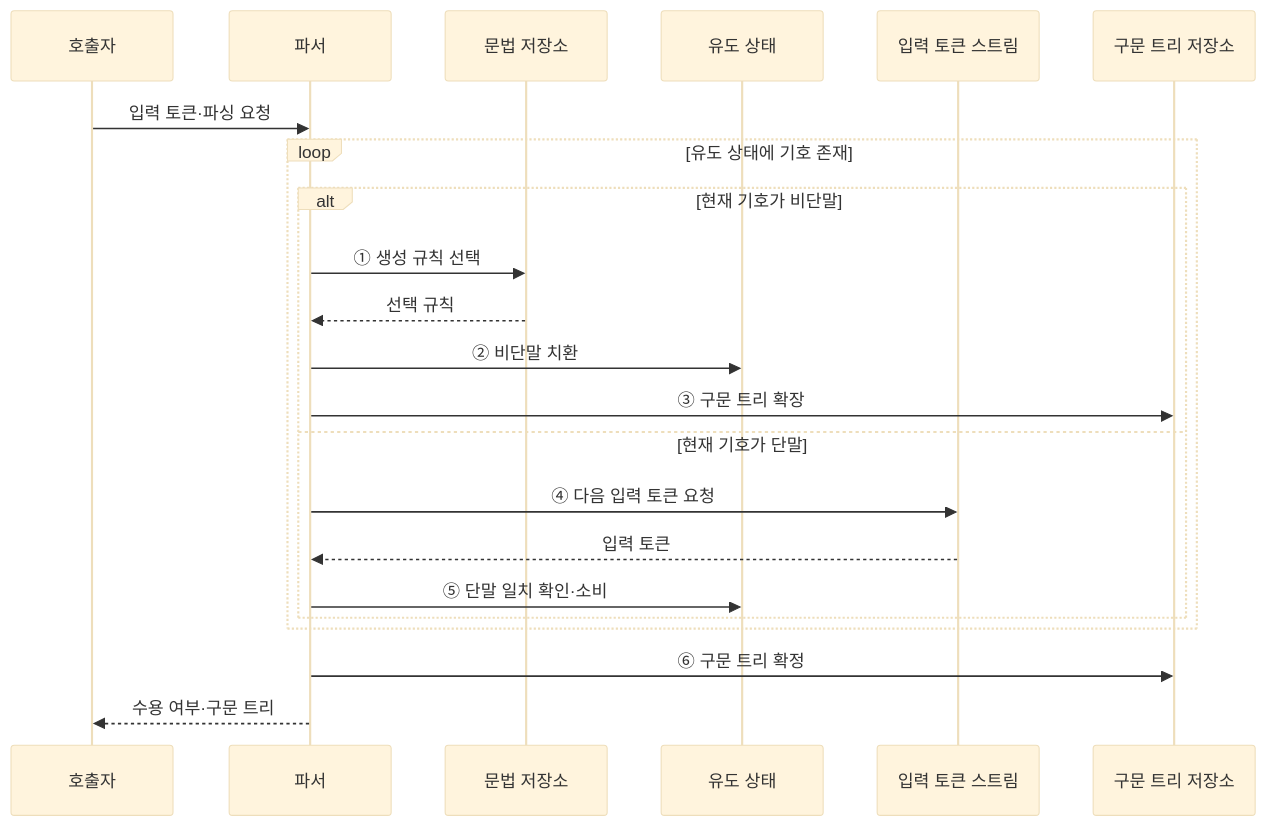
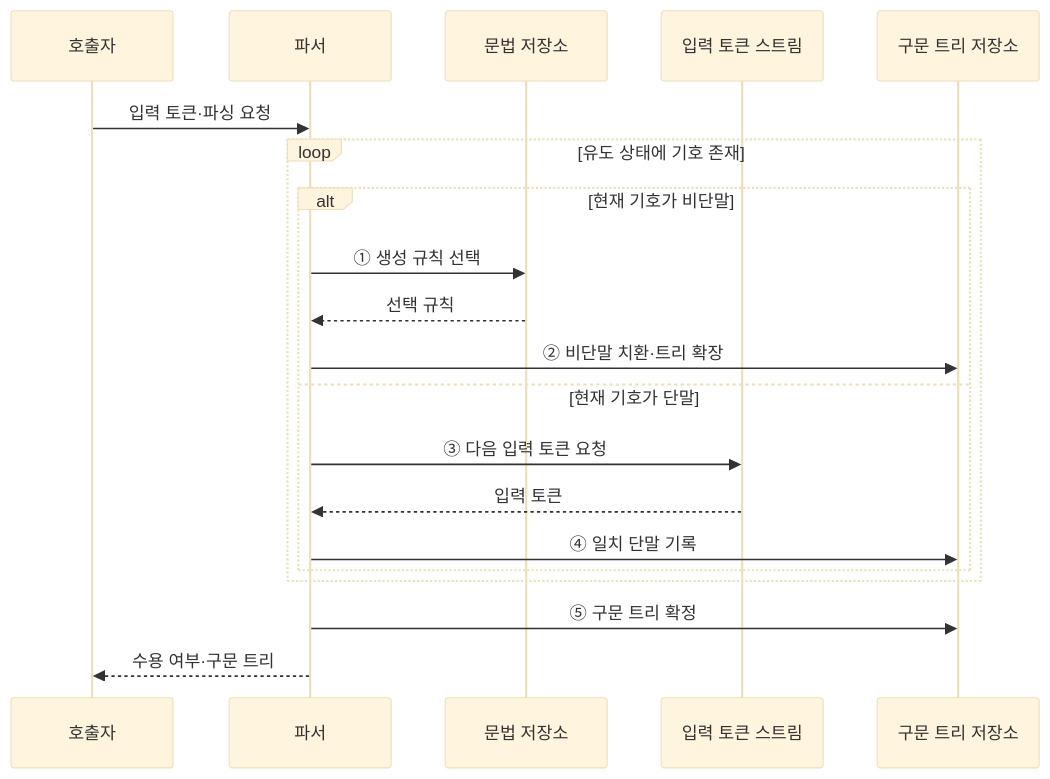
One commit to agnusdei1207/knowledge-base changed the second of 2 diagrams in src/content/docs/notes/01-basic-theory/021_context_free_grammar.md. Above: the diagram before and after it, drawn with Mermaid (base theme). The commit also changed other lines of this file and 20 other files, not shown here.

````diff
--- a/src/content/docs/notes/01-basic-theory/021_context_free_grammar.md
+++ b/src/content/docs/notes/01-basic-theory/021_context_free_grammar.md
@@ -86,24 +86,22 @@
 ```mermaid
 sequenceDiagram
     participant Q as 호출자
     participant P as 파서
     participant G as 문법 저장소
-    participant D as 유도 상태
     participant I as 입력 토큰 스트림
     participant T as 구문 트리 저장소
     Q->>P: 입력 토큰·파싱 요청
     loop 유도 상태에 기호 존재
         alt 현재 기호가 비단말
             P->>G: ① 생성 규칙 선택
             G-->>P: 선택 규칙
-            P->>D: ② 비단말 치환
-            P->>T: ③ 구문 트리 확장
+            P->>T: ② 비단말 치환·트리 확장
         else 현재 기호가 단말
-            P->>I: ④ 다음 입력 토큰 요청
+            P->>I: ③ 다음 입력 토큰 요청
             I-->>P: 입력 토큰
-            P->>D: ⑤ 단말 일치 확인·소비
+            P->>T: ④ 일치 단말 기록
         end
     end
-    P->>T: ⑥ 구문 트리 확정
+    P->>T: ⑤ 구문 트리 확정
     P-->>Q: 수용 여부·구문 트리
 ```
````
